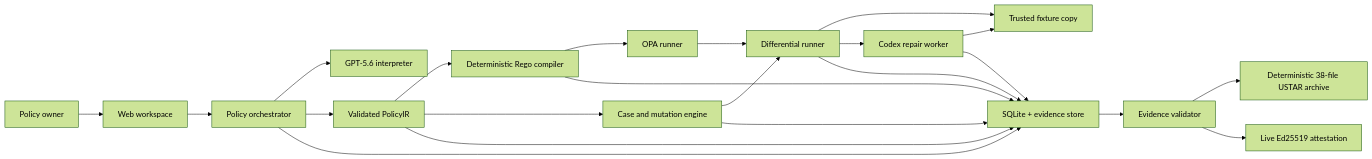
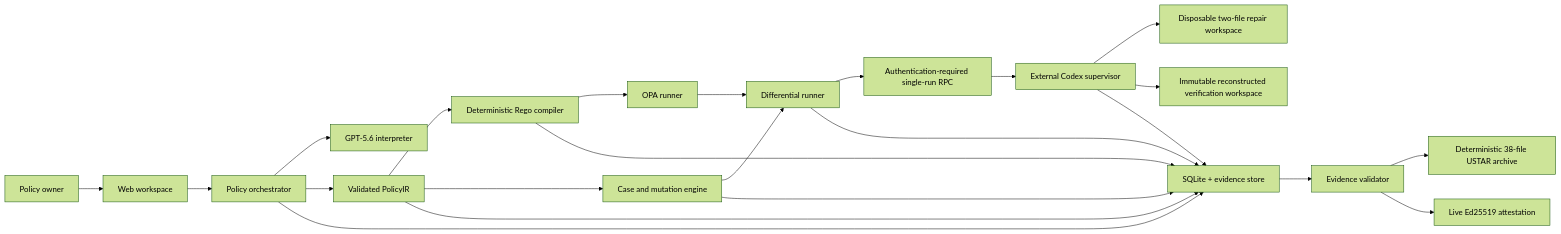
Before and after one commit to sel-chan/policytwin: the diagram in docs/architecture.md, drawn with Mermaid (forest theme). The commit also changed other lines of this file and 35 other files, not shown here.

Commit message:
feat: add external worker RPC and container boundary

````diff
--- a/docs/architecture.md
+++ b/docs/architecture.md
@@ -5,24 +5,25 @@
 ```mermaid
 flowchart LR
   U["Policy owner"] --> W["Web workspace"]
   W --> O["Policy orchestrator"]
   O --> I["GPT-5.6 interpreter"]
   O --> P["Validated PolicyIR"]
   P --> C["Deterministic Rego compiler"]
   C --> R["OPA runner"]
   P --> G["Case and mutation engine"]
   G --> D["Differential runner"]
   R --> D
-  D --> F["Trusted fixture copy"]
-  D --> X["Codex repair worker"]
-  X --> F
+  D --> Q["Authentication-required single-run RPC"]
+  Q --> X["External Codex supervisor"]
+  X --> W1["Disposable two-file repair workspace"]
+  X --> V["Immutable reconstructed verification workspace"]
   E --> A["Evidence validator"]
   A --> T["Deterministic 38-file USTAR archive"]
   A --> S["Live Ed25519 attestation"]
   O --> E["SQLite + evidence store"]
   P --> E
   C --> E
   G --> E
   D --> E
   X --> E
 ```
````
